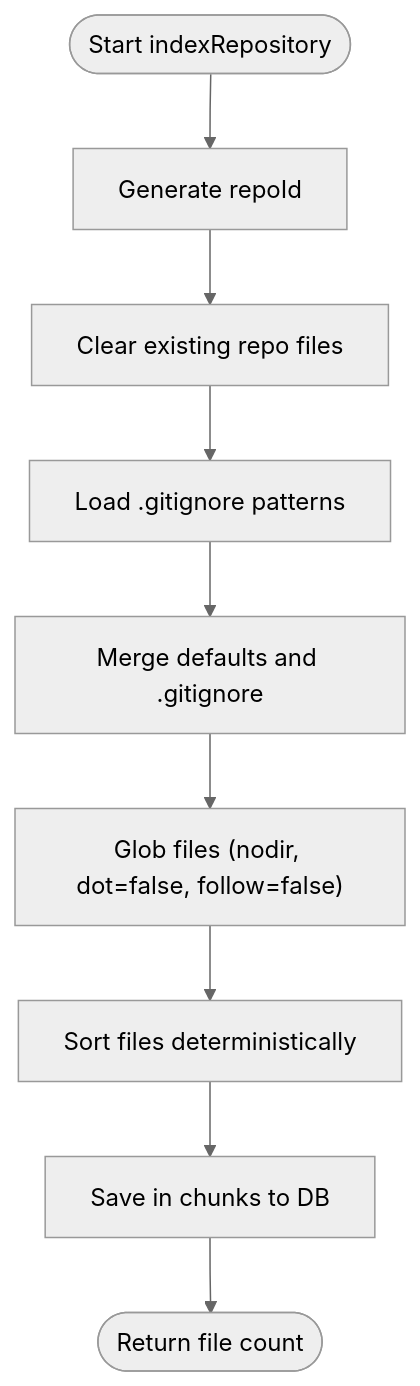
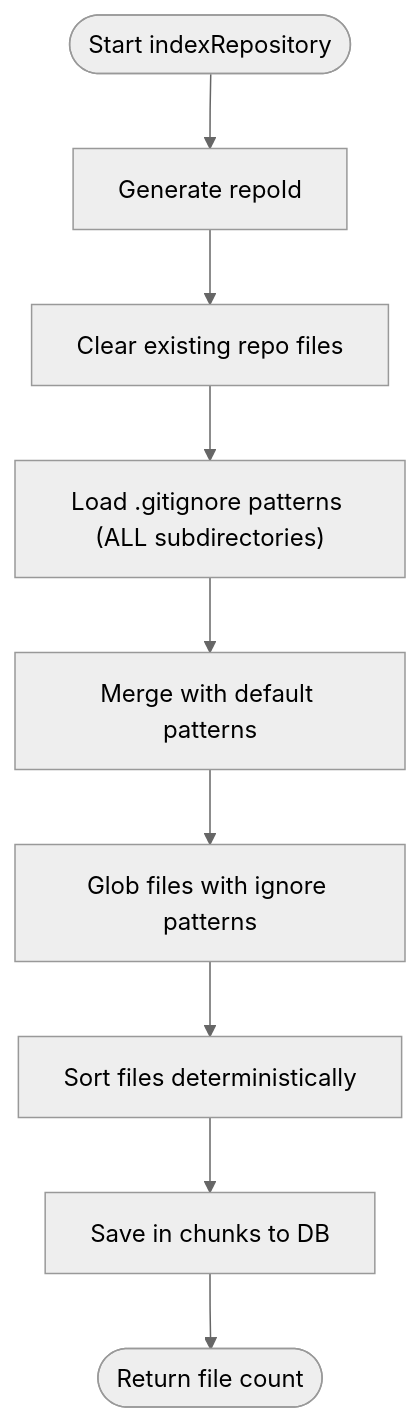
Before and after one commit to bramburn/repomix-runner: the fifth of 14 diagrams in .qoder/repowiki/en/content/Indexing and Search System/Indexing and Search System.md, drawn with Mermaid (neutral theme). The commit also changed other lines of this file and 40 other files, not shown here.

````diff
--- a/.qoder/repowiki/en/content/Indexing and Search System/Indexing and Search System.md
+++ b/.qoder/repowiki/en/content/Indexing and Search System/Indexing and Search System.md
@@ -302,11 +316,11 @@
 ```mermaid
 flowchart TD
 Start(["Start indexRepository"]) --> GenRepoId["Generate repoId"]
 GenRepoId --> ClearDB["Clear existing repo files"]
-ClearDB --> LoadGitignore["Load .gitignore patterns"]
-LoadGitignore --> MergePatterns["Merge defaults and .gitignore"]
-MergePatterns --> Glob["Glob files (nodir, dot=false, follow=false)"]
+ClearDB --> LoadGitignore["Load .gitignore patterns (ALL subdirectories)"]
+LoadGitignore --> MergePatterns["Merge with default patterns"]
+MergePatterns --> Glob["Glob files with ignore patterns"]
 Glob --> Sort["Sort files deterministically"]
 Sort --> BatchSave["Save in chunks to DB"]
 BatchSave --> Done(["Return file count"])
 ```
````
